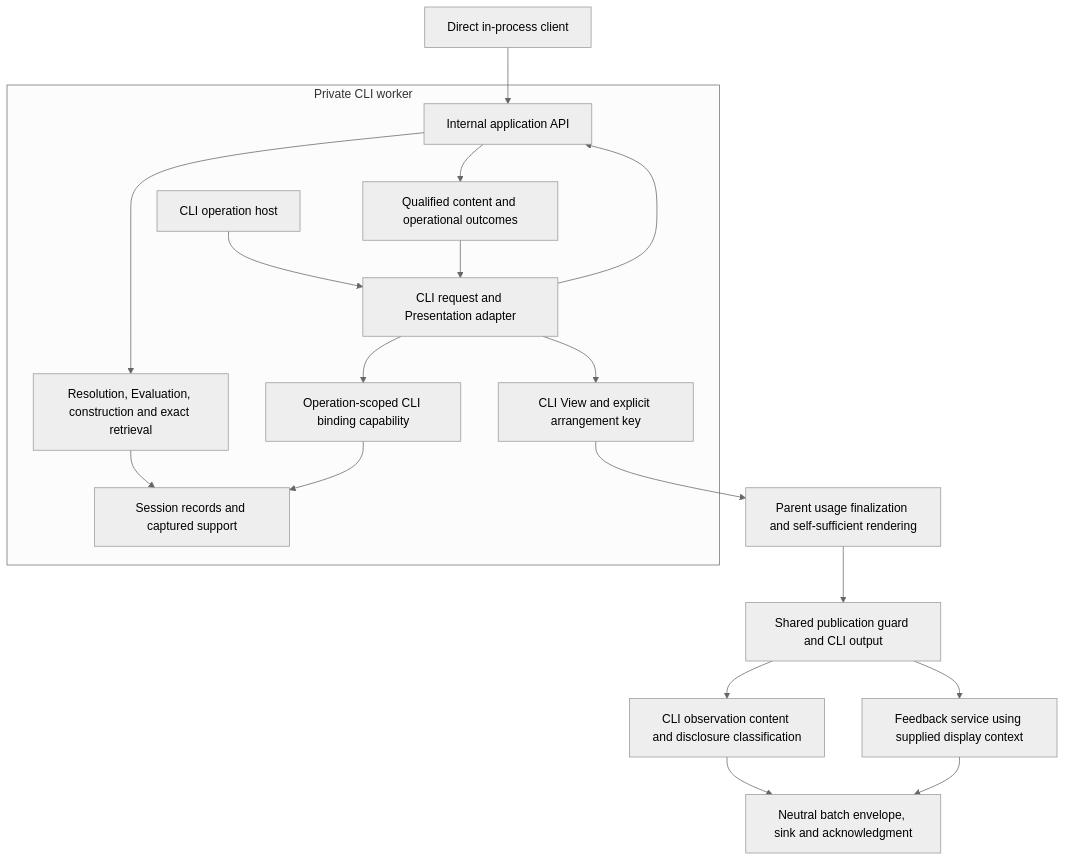
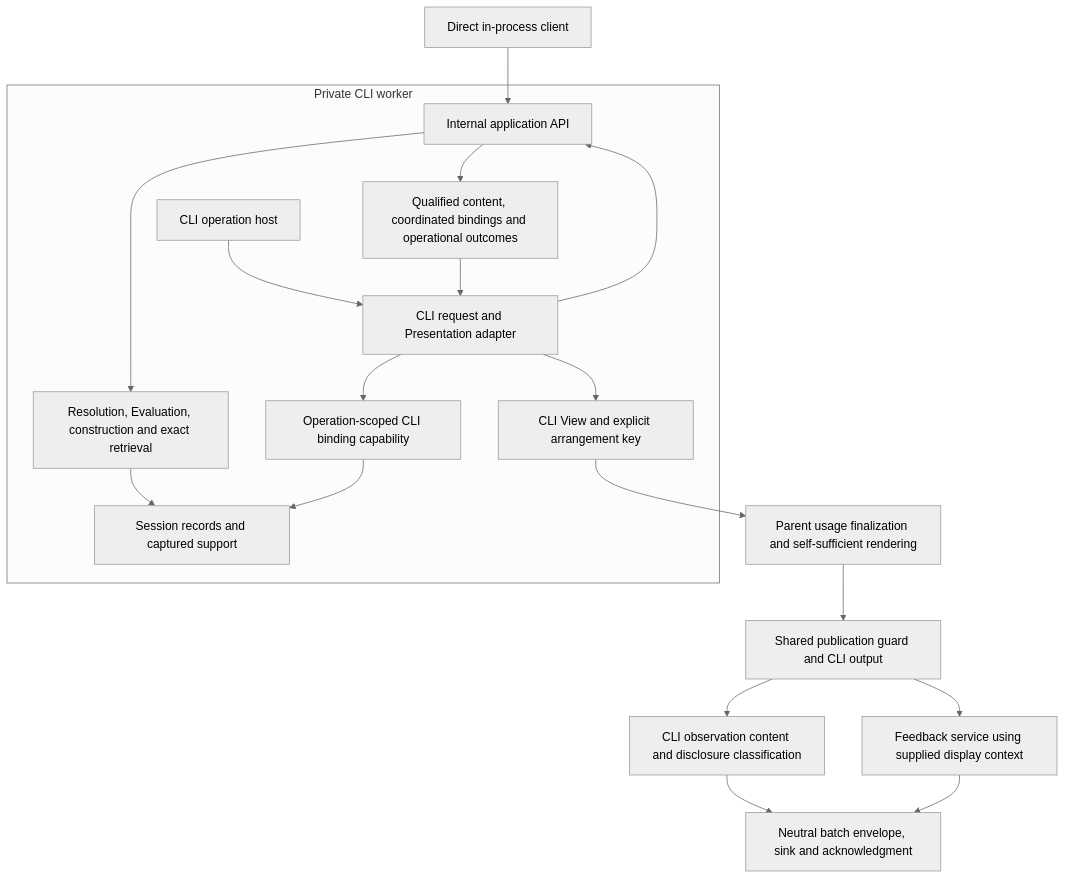
Before and after one commit to ronen/postcode: the diagram in drafts/application-interface-boundary/plans/application-interface-boundary.md, drawn with Mermaid (neutral theme). The commit also changed other lines of this file and 5 other files, not shown here.

````diff
--- a/drafts/application-interface-boundary/plans/application-interface-boundary.md
+++ b/drafts/application-interface-boundary/plans/application-interface-boundary.md
@@ -94,21 +103,21 @@
 ```mermaid
 flowchart TD
   DIRECT[Direct in-process client] --> API[Internal application API]
   subgraph Worker[Private CLI worker]
     HOST[CLI operation host] --> CLIENT[CLI request and Presentation adapter]
     CLIENT --> API
     API --> CORE[Resolution, Evaluation, construction and exact retrieval]
     CORE --> STORE[Session records and captured support]
-    API --> DATA[Qualified content and operational outcomes]
+    API --> DATA[Qualified content, coordinated bindings and operational outcomes]
     DATA --> CLIENT
     CLIENT --> BIND[Operation-scoped CLI binding capability]
     BIND --> STORE
     CLIENT --> VIEW[CLI View and explicit arrangement key]
   end
   VIEW --> PARENT[Parent usage finalization and self-sufficient rendering]
   PARENT --> PUB[Shared publication guard and CLI output]
   PUB --> BATCH[CLI observation content and disclosure classification]
   BATCH --> SINK[Neutral batch envelope, sink and acknowledgment]
   PUB --> FEEDBACK[Feedback service using supplied display context]
   FEEDBACK --> SINK
 ```
````
